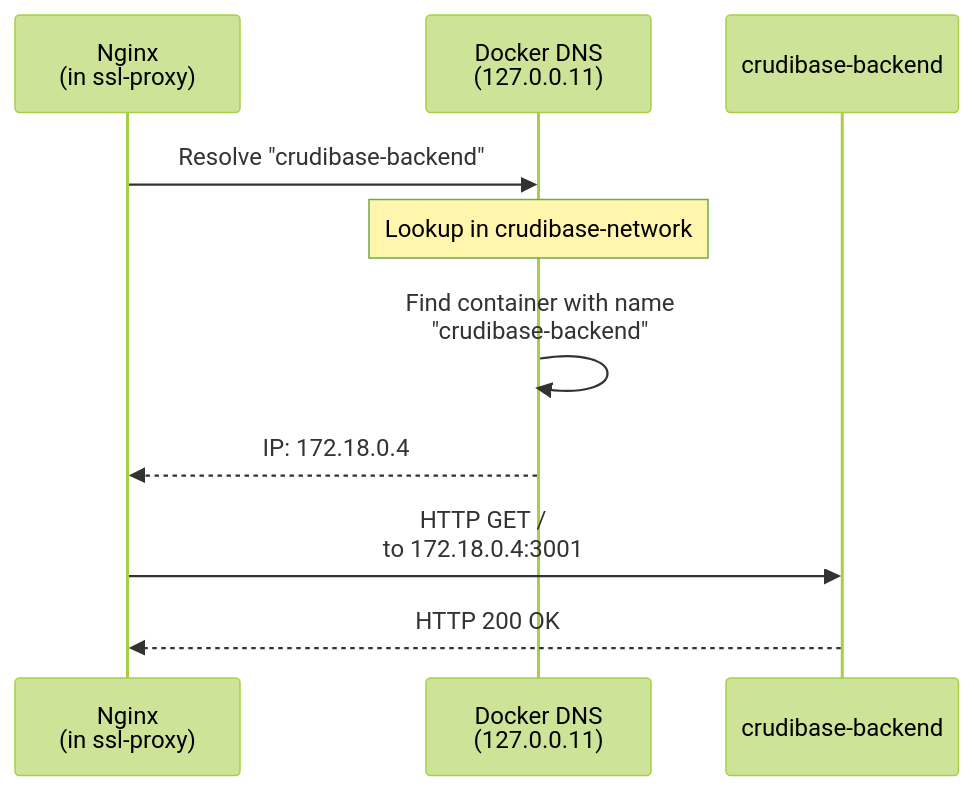
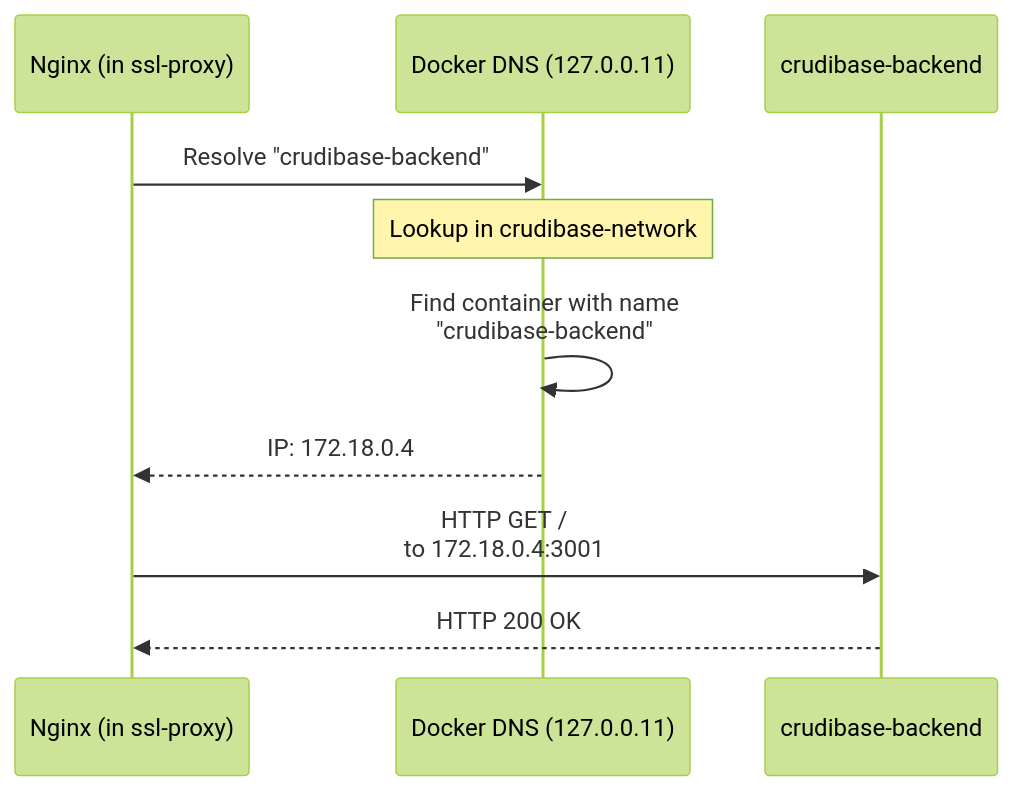
The third of 9 diagrams in wiki/Network-Architecture.md (softwarewrighter/ssl-proxy-for-do), drawn with Mermaid (forest theme) before and after one commit. The commit also changed other lines of this file and 2 other files, not shown here.

Commit message:
Fix Mermaid sequence diagram syntax errors
Remove <br/> tags from participant declarations in all sequence diagrams.
Mermaid does not support HTML tags in participant names.

Changes:
- Fixed participant names: removed <br/> and used plain text with parentheses
- Simplified complex notes and messages for better parsing
- All sequence diagrams now use valid Mermaid syntax

Affected files:
- wiki/Request-Flow.md (8 sequence diagrams)
- wiki/SSL-Certificate-Management.md (3 sequence diagrams)
- wiki/Network-Architecture.md (2 sequence diagrams)

This fixes the 'INVALID' parse error reported when rendering diagrams.

````diff
--- a/wiki/Network-Architecture.md
+++ b/wiki/Network-Architecture.md
@@ -220,15 +220,15 @@
 ```mermaid
 sequenceDiagram
-    participant Nginx as Nginx<br/>(in ssl-proxy)
-    participant DNS as Docker DNS<br/>(127.0.0.11)
+    participant Nginx as Nginx (in ssl-proxy)
+    participant DNS as Docker DNS (127.0.0.11)
     participant Backend as crudibase-backend
 
     Nginx->>DNS: Resolve "crudibase-backend"
     Note over DNS: Lookup in crudibase-network
 
     DNS->>DNS: Find container with name<br/>"crudibase-backend"
     DNS-->>Nginx: IP: 172.18.0.4
 
     Nginx->>Backend: HTTP GET /<br/>to 172.18.0.4:3001
     Backend-->>Nginx: HTTP 200 OK
 ```
````
